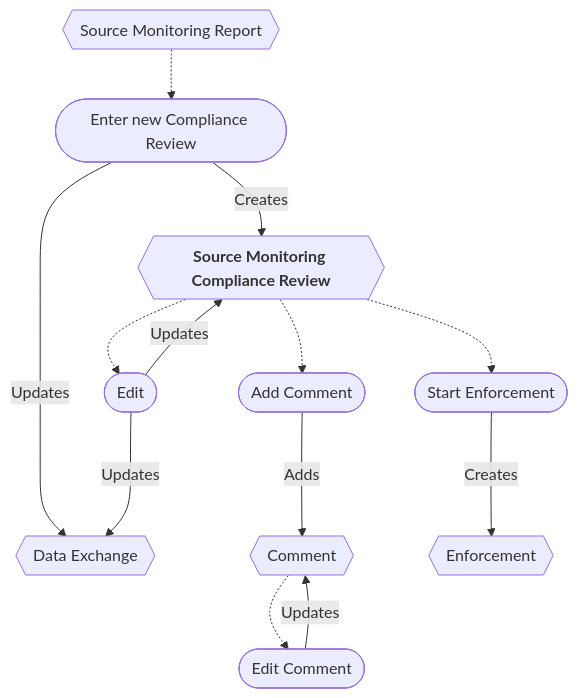
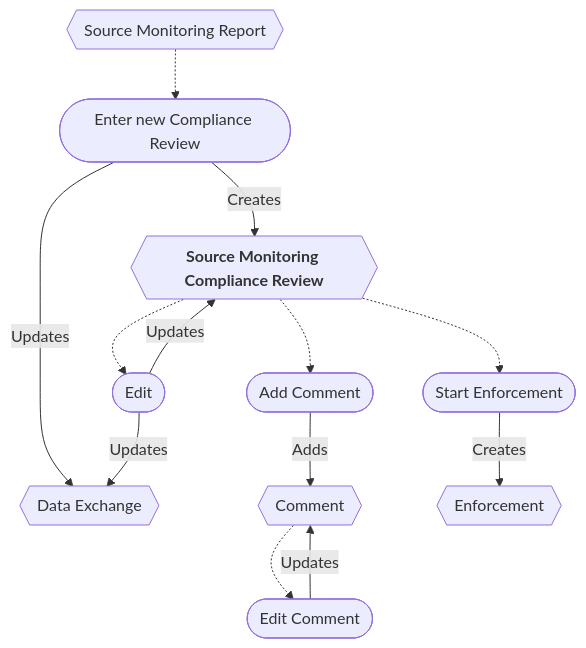
Before and after one commit to gaepdit/air-web: the diagram in docs/Workflows/Source-Monitoring-workflow.md, drawn with Mermaid. The commit also changed 4 other files, not shown here.

````diff
--- a/docs/Workflows/Source-Monitoring-workflow.md
+++ b/docs/Workflows/Source-Monitoring-workflow.md
@@ -11,29 +11,29 @@
 ```mermaid
 flowchart
     MON{{Source Monitoring Report}}
     SMR{{"`**Source Monitoring Compliance Review**`"}}
     DX{{Data Exchange}}
     CMT{{Comment}}
     ENF{{Enforcement}}
 
     enter([Enter new Compliance Review])
     comment([Add Comment])
     edit([Edit])
     enforce([Start Enforcement])
     editComment([Edit Comment])
 
     MON -.-> enter
     SMR -.-> edit
     SMR -.-> comment
     SMR -.-> enforce
     CMT -.-> editComment
 
     enter -->|Creates| SMR
     edit -->|Updates| SMR
     editComment -->|Updates| CMT
-    comment --->|Adds| CMT
-    enforce --->|Creates| ENF
+    comment -->|Adds| CMT
+    enforce -->|Creates| ENF
     enter -->|Updates| DX
-    edit --->|Updates| DX
+    edit -->|Updates| DX
 
 ```
````
